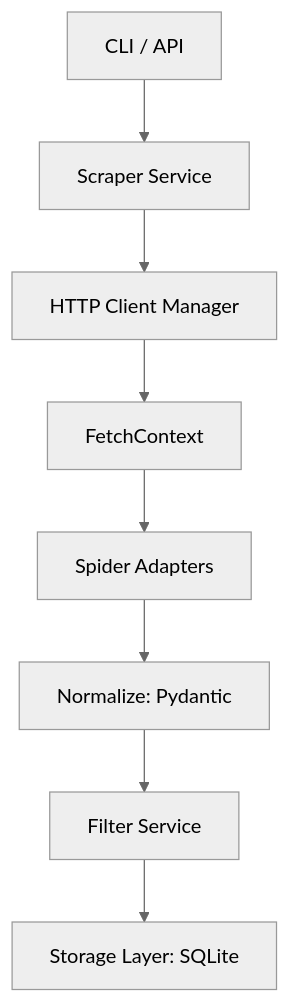
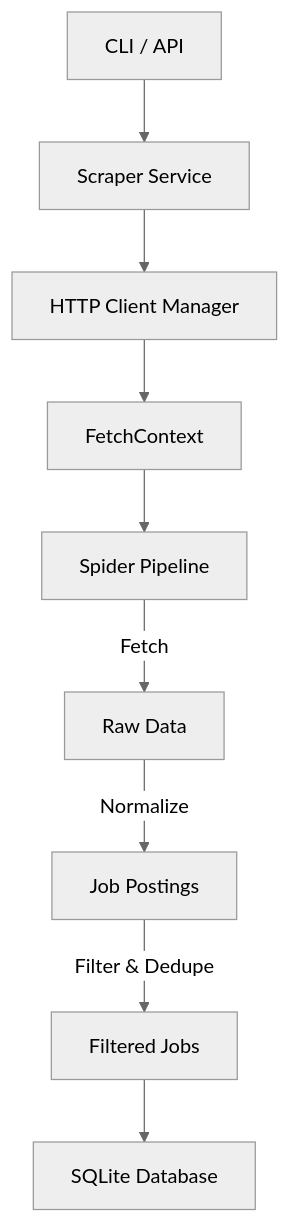
One commit to nadavzhr/arachne changed the diagram in README.md. Above: the diagram before and after it, drawn with Mermaid (neutral theme). The commit also changed other lines of this file and 20 other files, not shown here.

Commit message:
refactor: trim storage and service layers

````diff
--- a/README.md
+++ b/README.md
@@ -87,10 +86,11 @@
 ```mermaid
 graph TD
     CLI[CLI / API] --> Scraper[Scraper Service]
     Scraper --> ClientMgr[HTTP Client Manager]
     ClientMgr --> FetchCtx[FetchContext]
-    FetchCtx --> Spider[Spider Adapters]
-    Spider --> Normalize[Normalize: Pydantic]
-    Normalize --> Filter[Filter Service]
-    Filter --> Storage[Storage Layer: SQLite]
+    FetchCtx --> Spider[Spider Pipeline]
+    Spider --> |Fetch| Raw[Raw Data]
+    Raw --> |Normalize| Jobs[Job Postings]
+    Jobs --> |Filter & Dedupe| CleanJobs[Filtered Jobs]
+    CleanJobs --> DB[SQLite Database]
 ```
````
